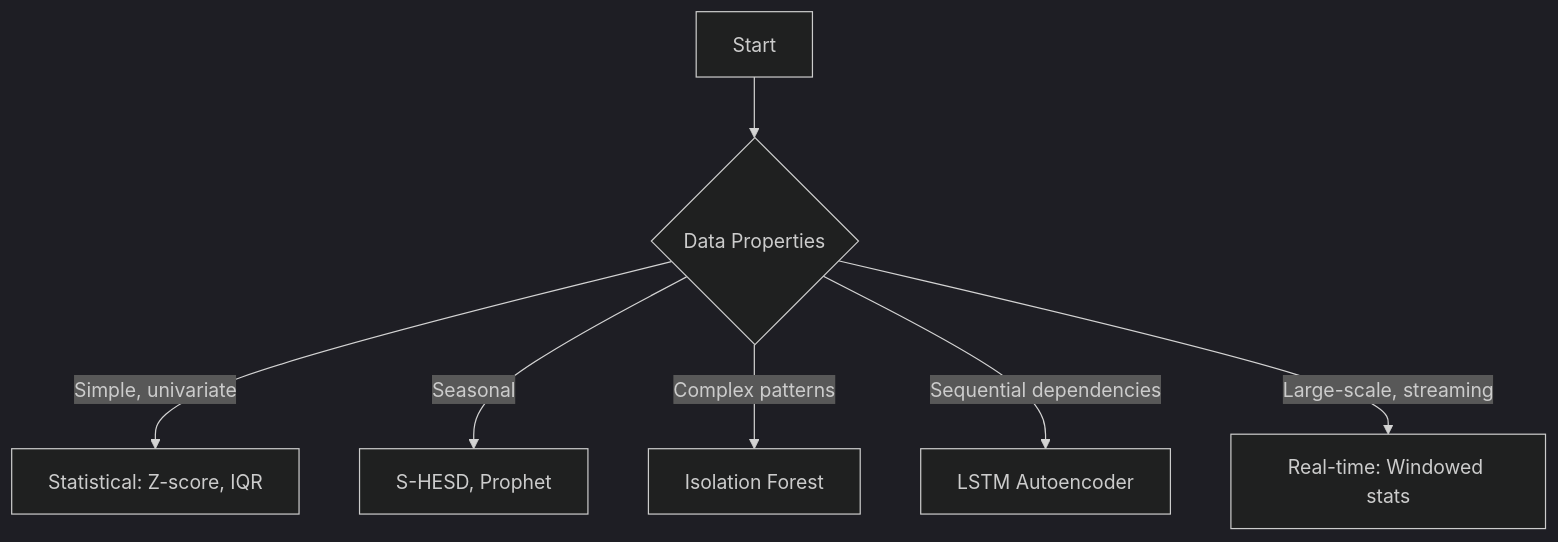
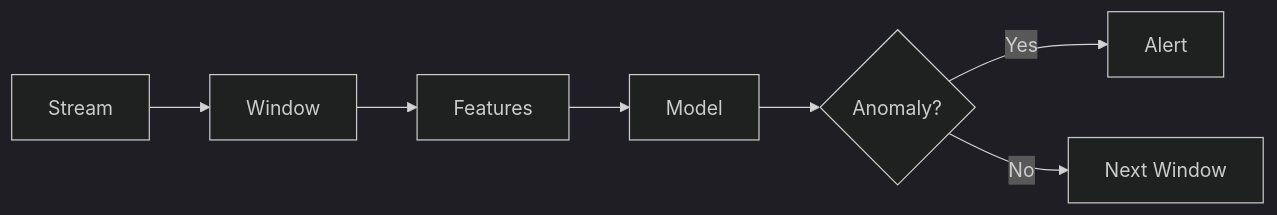
Before and after one commit to vanos001/placement_prep: the third of 3 diagrams in src/ml/time-series/anomaly.md, drawn with Mermaid (dark theme). The commit also changed other lines of this file and 14 other files, not shown here.

````diff
--- a/src/ml/time-series/anomaly.md
+++ b/src/ml/time-series/anomaly.md
@@ -194,9 +142,9 @@
 ```mermaid
-graph TD
-    A[Start] --> B{Data Properties}
-    B -->|Simple, univariate| C[Statistical: Z-score, IQR]
-    B -->|Seasonal| D[S-HESD, Prophet]
-    B -->|Complex patterns| E[Isolation Forest]
-    B -->|Sequential dependencies| F[LSTM Autoencoder]
-    B -->|Large-scale, streaming| G[Real-time: Windowed stats]
+graph LR
+    S[Stream] --> W[Window]
+    W --> F[Features]
+    F --> M[Model]
+    M --> D{Anomaly?}
+    D -->|Yes| A[Alert]
+    D -->|No| N[Next Window]
 ```
````
